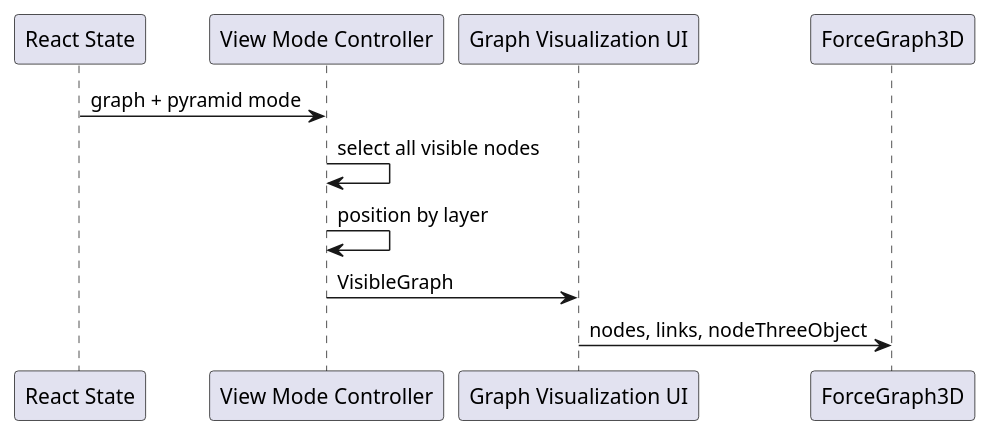
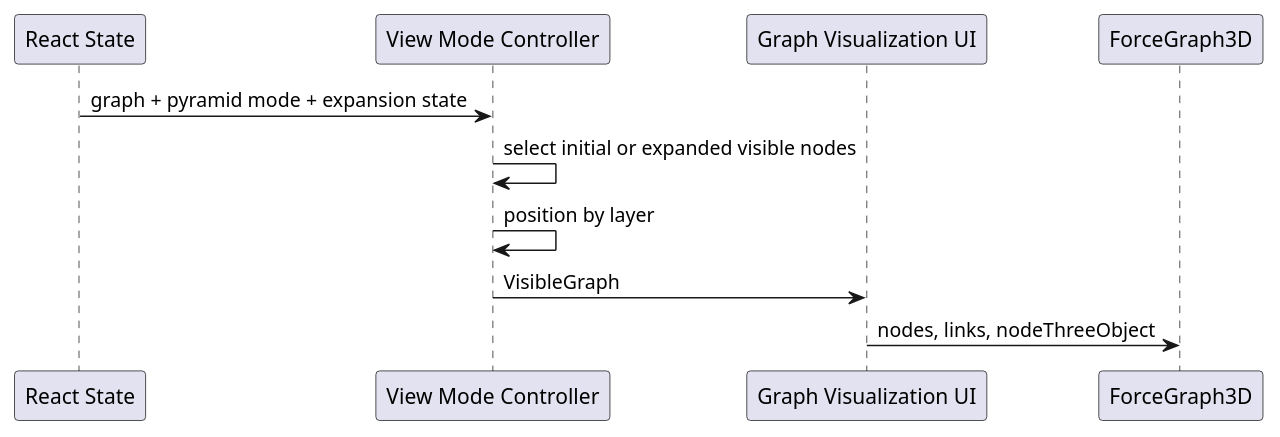
The diagram in spec/flows/Render_3D_Pyramid_Graph.md (apoorvkul/HilBridge), drawn with PlantUML before and after one commit. The commit also changed other lines of this file and 9 other files, not shown here.

````diff
--- a/spec/flows/Render_3D_Pyramid_Graph.md
+++ b/spec/flows/Render_3D_Pyramid_Graph.md
@@ -5,14 +7,14 @@
 ```plantuml
 @startuml
 participant "React State" as State
 participant "View Mode Controller" as Controller
 participant "Graph Visualization UI" as Graph
 participant "ForceGraph3D" as Force
 
-State -> Controller: graph + pyramid mode
-Controller -> Controller: select all visible nodes
+State -> Controller: graph + pyramid mode + expansion state
+Controller -> Controller: select initial or expanded visible nodes
 Controller -> Controller: position by layer
 Controller -> Graph: VisibleGraph
 Graph -> Force: nodes, links, nodeThreeObject
 @enduml
 ```
````
